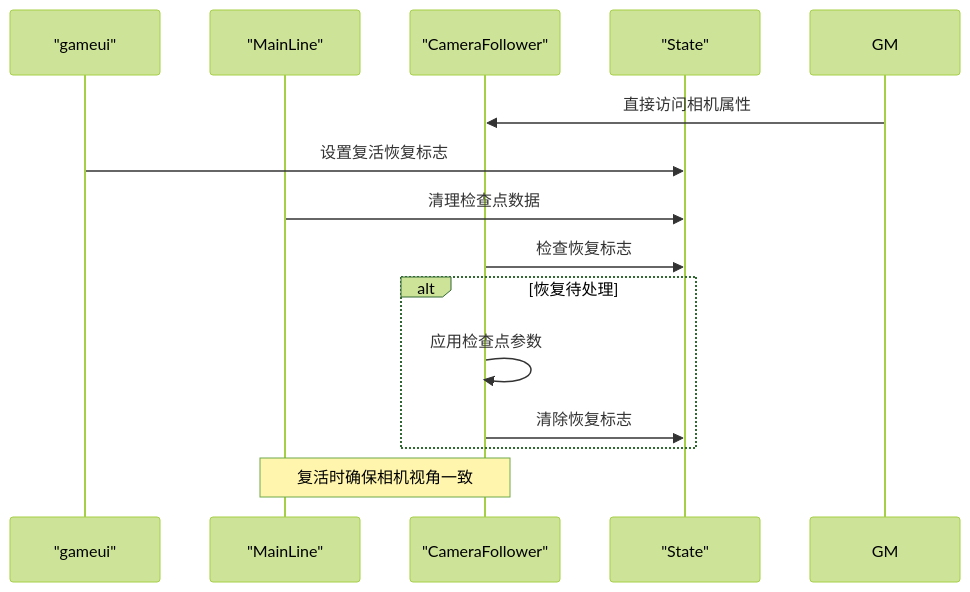
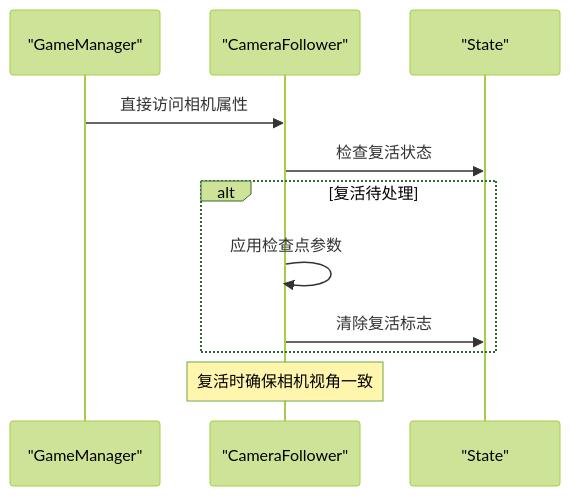
The second of 12 diagrams in .qoder/repowiki/zh/content/游戏系统/相机系统/相机跟随系统.md (godotline/godot-line), drawn with Mermaid (forest theme) before and after one commit. The commit also changed other lines of this file and 10 other files, not shown here.

````diff
--- a/.qoder/repowiki/zh/content/游戏系统/相机系统/相机跟随系统.md
+++ b/.qoder/repowiki/zh/content/游戏系统/相机系统/相机跟随系统.md
@@ -120,16 +114,13 @@
 ```mermaid
 sequenceDiagram
-participant UI as "gameui"
-participant ML as "MainLine"
+participant GM as "GameManager"
 participant CF as "CameraFollower"
 participant ST as "State"
 GM->>CF : 直接访问相机属性
-UI->>ST : 设置复活恢复标志
-ML->>ST : 清理检查点数据
-CF->>ST : 检查恢复标志
-alt 恢复待处理
+CF->>ST : 检查复活状态
+alt 复活待处理
 CF->>CF : 应用检查点参数
-CF->>ST : 清除恢复标志
+CF->>ST : 清除复活标志
 end
-Note over CF,ML : 复活时确保相机视角一致
+Note over CF : 复活时确保相机视角一致
 ```
````
